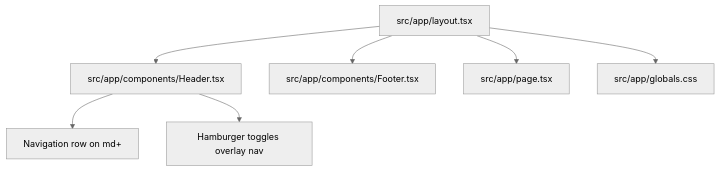
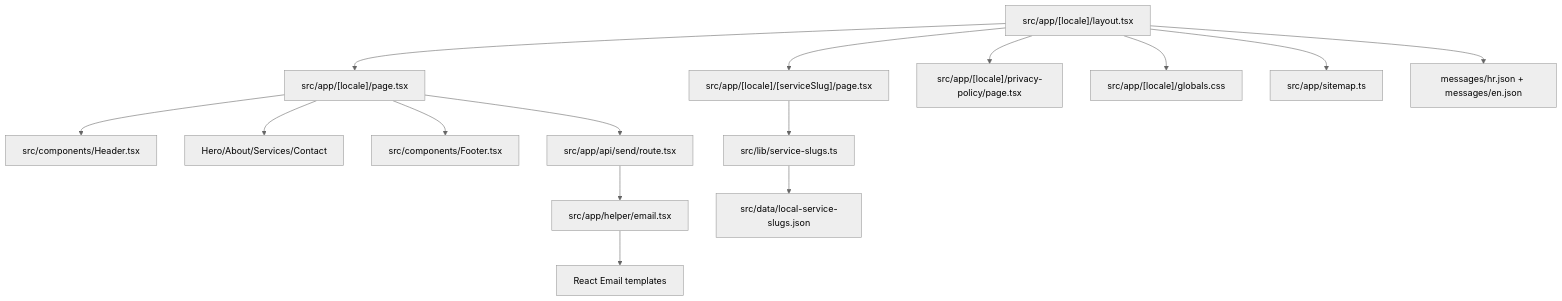
The diagram in lode/summary.md (ipavic933-spec/website-pavic), drawn with Mermaid (neutral theme) before and after one commit. The commit also changed other lines of this file and 9 other files, not shown here.

````diff
--- a/lode/summary.md
+++ b/lode/summary.md
@@ -11,9 +14,17 @@
 ```mermaid
 graph TD
-  Layout["src/app/layout.tsx"] --> Header["src/app/components/Header.tsx"]
-  Layout --> Footer["src/app/components/Footer.tsx"]
-  Layout --> Page["src/app/page.tsx"]
-  Layout --> Globals["src/app/globals.css"]
-  Header --> DesktopNav["Navigation row on md+"]
-  Header --> MobileNav["Hamburger toggles overlay nav"]
+  Layout["src/app/[locale]/layout.tsx"] --> HomePage["src/app/[locale]/page.tsx"]
+  Layout --> ServicePage["src/app/[locale]/[serviceSlug]/page.tsx"]
+  Layout --> PrivacyPage["src/app/[locale]/privacy-policy/page.tsx"]
+  Layout --> Globals["src/app/[locale]/globals.css"]
+  HomePage --> Header["src/components/Header.tsx"]
+  HomePage --> Sections["Hero/About/Services/Contact"]
+  HomePage --> Footer["src/components/Footer.tsx"]
+  HomePage --> SendApi["src/app/api/send/route.tsx"]
+  ServicePage --> ServiceSlugs["src/lib/service-slugs.ts"]
+  ServiceSlugs --> LocalSlugConfig["src/data/local-service-slugs.json"]
+  SendApi --> EmailHelper["src/app/helper/email.tsx"]
+  EmailHelper --> Templates["React Email templates"]
+  Layout --> Sitemap["src/app/sitemap.ts"]
+  Layout --> Messages["messages/hr.json + messages/en.json"]
 ```
````
